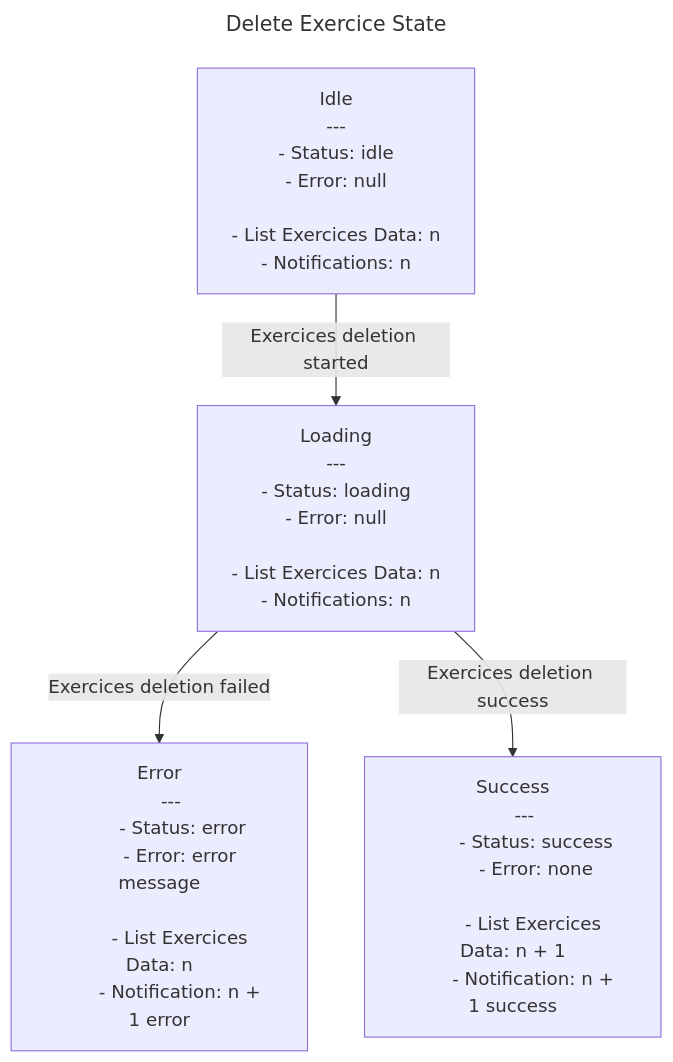
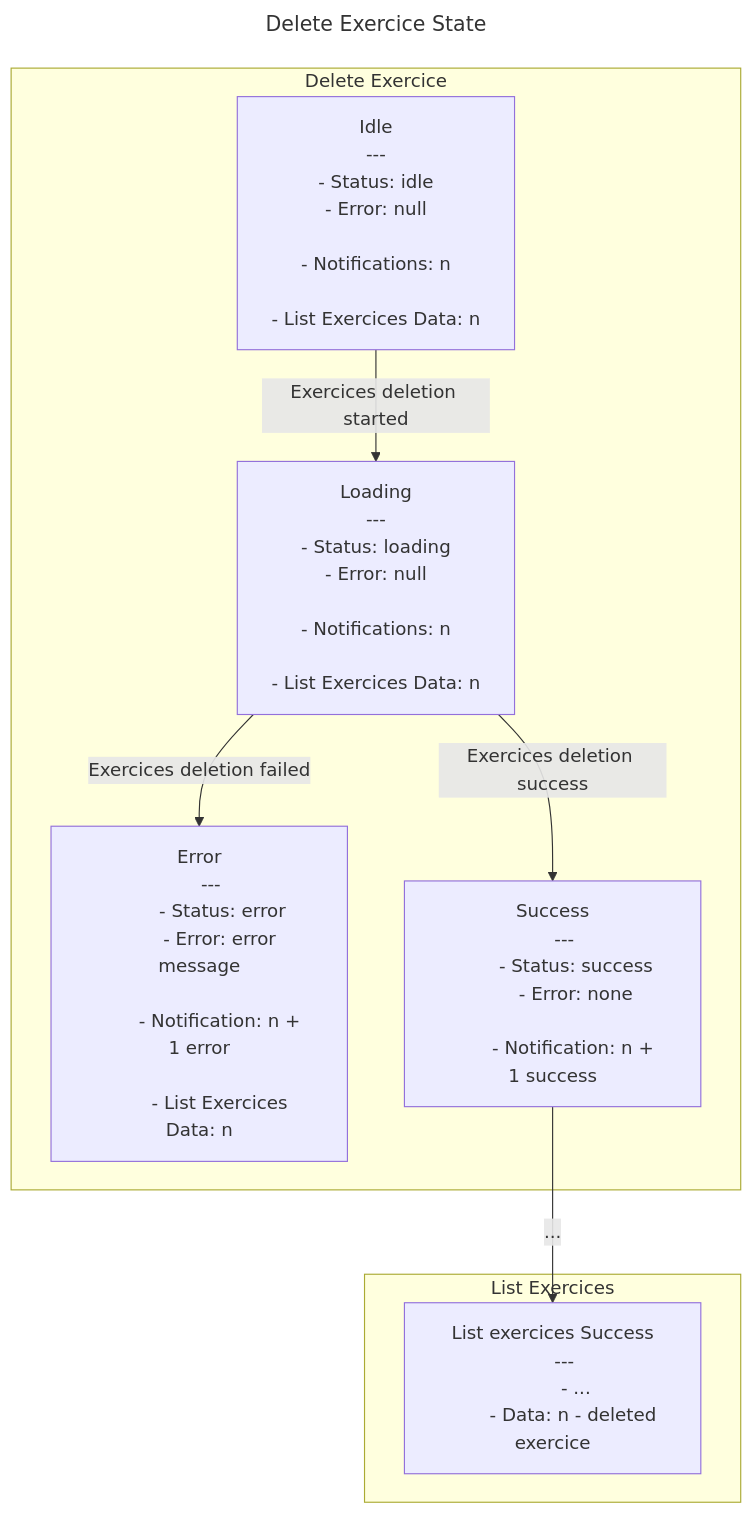
Before and after one commit to davidroberto/react-redux-clean-architecture-tdd-eda-vertical-slices: the diagram in src/exercice/features/delete-exercice/delete-exercice.state-machine.md, drawn with Mermaid. The commit also changed 2 other files, not shown here.

Commit message:
refacto: update fsm diagram with subgraph for list exercice updated

````diff
--- a/src/exercice/features/delete-exercice/delete-exercice.state-machine.md
+++ b/src/exercice/features/delete-exercice/delete-exercice.state-machine.md
@@ -1,51 +1,66 @@
 ```mermaid
 ---
 title: Delete Exercice State
 ---
 flowchart TD
     
 A[
     Idle
     ---
         - Status: idle
         - Error: null
 
+        - Notifications: n
+
         - List Exercices Data: n
-        - Notifications: n
 ]
 
 B[
     Loading
     ---
         - Status: loading
         - Error: null
 
+        - Notifications: n
+
         - List Exercices Data: n
-        - Notifications: n
 ]
 
 C[
     Error
     ---
         - Status: error
         - Error: error message
         
+        - Notification: n + 1 error
+
         - List Exercices Data: n
-        - Notification: n + 1 error
 ]
 
 D[
     Success
     ---
         - Status: success
         - Error: none
     
-        - List Exercices Data: n + 1
         - Notification: n + 1 success
 ]
 
-A -->|Exercices deletion started|B
-B -->|Exercices deletion failed|C
-B -->|Exercices deletion success|D
+E[
+    List exercices Success
+    ---
+        - ...
+        - Data: n - deleted exercice
+]
+
+subgraph Delete Exercice 
+    A -->|Exercices deletion started|B
+    B -->|Exercices deletion failed|C
+    B -->|Exercices deletion success|D
+end
+
+subgraph List Exercices
+D -->|...|E
+end
 
 ```
````
